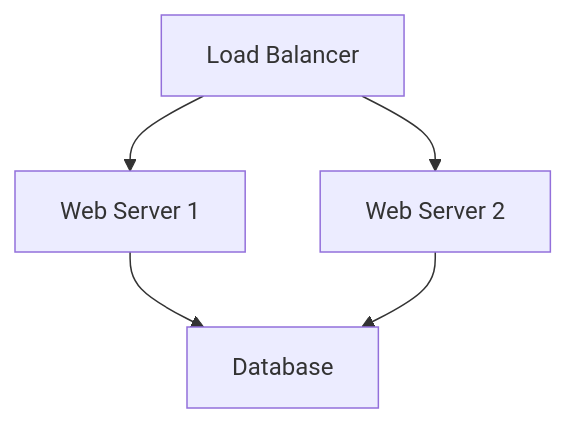
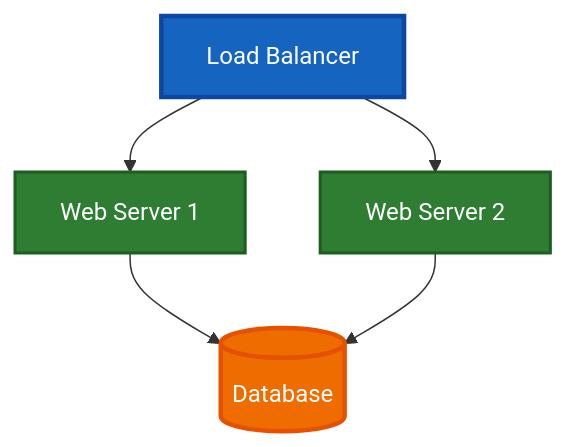
Before and after one commit to cyclonesak/Hello_World: the diagram in README.md, drawn with Mermaid. The commit also changed other lines of this file, not shown here.

Commit message:
Fix Mermaid diagram syntax in README
Updated Mermaid diagram syntax and classes in README.

````diff
--- a/README.md
+++ b/README.md
@@ -33,7 +35,15 @@
 ```mermaid
-graph TD
+flowchart TD
     A[Load Balancer] --> B[Web Server 1]
     A --> C[Web Server 2]
-    B --> D[Database]
-    C --> D[Database]
+    B --> D[(Database)]
+    C --> D
+
+    classDef lb fill:#1565c0,color:#fff,stroke:#0d47a1,stroke-width:3px;
+    classDef web fill:#2e7d32,color:#fff,stroke:#1b5e20,stroke-width:2px;
+    classDef db fill:#ef6c00,color:#fff,stroke:#e65100,stroke-width:3px;
+
+    class A lb;
+    class B,C web;
+    class D db;
 ```
````
